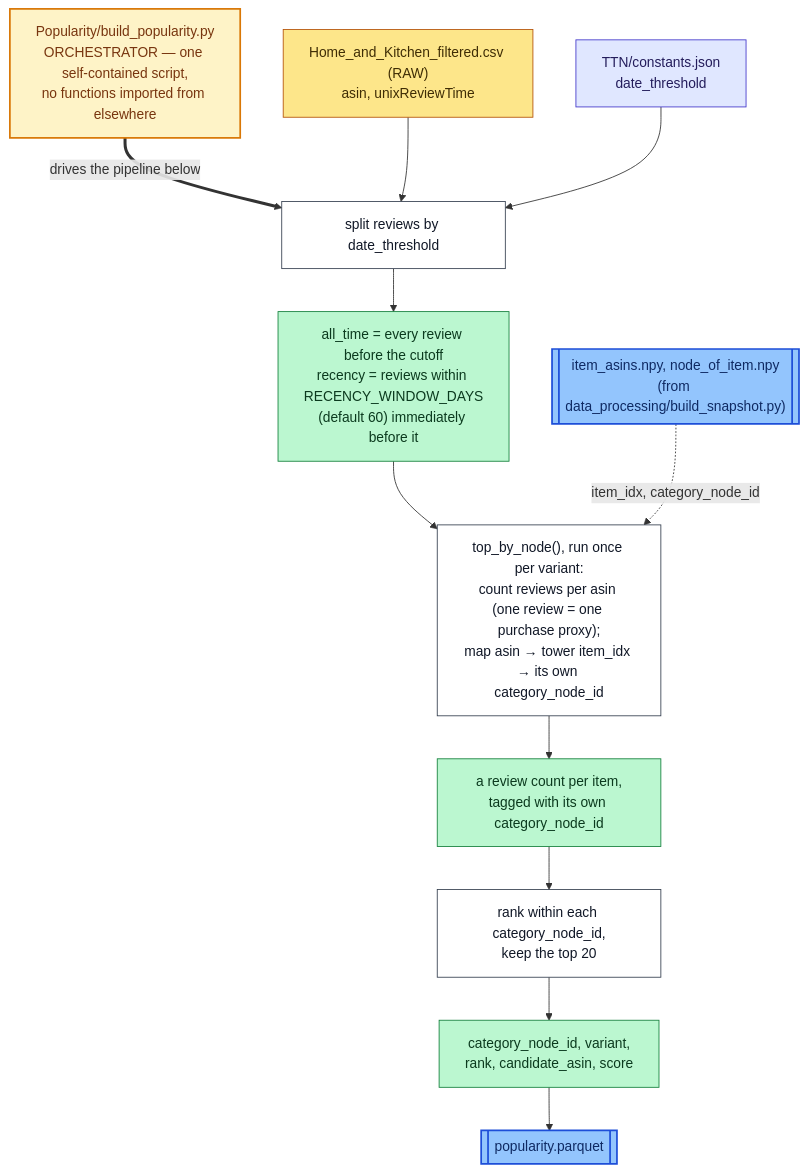
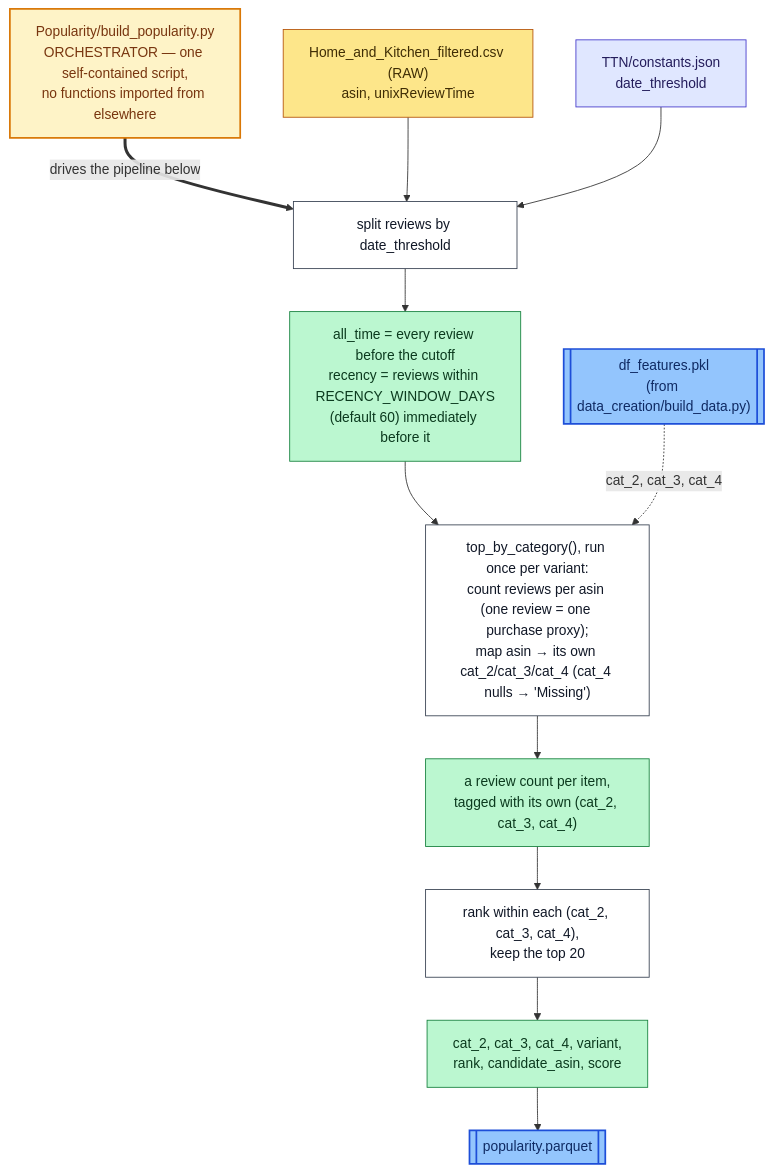
Before and after one commit to flamesmith/RecSystem: the diagram in Popularity/DATA_PIPELINE.md, drawn with Mermaid. The commit also changed other lines of this file and 10 other files, not shown here.

````diff
--- a/Popularity/DATA_PIPELINE.md
+++ b/Popularity/DATA_PIPELINE.md
@@ -14,33 +15,33 @@
 ```mermaid
 flowchart TB
     classDef raw fill:#fde68a,stroke:#b45309,color:#3f2d05
     classDef config fill:#e0e7ff,stroke:#4338ca,color:#241d5c
     classDef proc fill:#ffffff,stroke:#374151,color:#111827
     classDef vars fill:#bbf7d0,stroke:#15803d,color:#0b3a1e
     classDef file fill:#93c5fd,stroke:#1d4ed8,color:#0f2a63,stroke-width:2px
     classDef orch fill:#fef3c7,stroke:#d97706,color:#78350f,stroke-width:2px
 
     ORCH["Popularity/build_popularity.py<br/>ORCHESTRATOR — one self-contained script,<br/>no functions imported from elsewhere"]:::orch
 
     RAWREV["Home_and_Kitchen_filtered.csv (RAW)<br/>asin, unixReviewTime"]:::raw
-    SNAP[["item_asins.npy, node_of_item.npy<br/>(from data_processing/build_snapshot.py)"]]:::file
+    FEAT[["df_features.pkl<br/>(from data_creation/build_data.py)"]]:::file
     CFG["TTN/constants.json<br/>date_threshold"]:::config
 
     P_SPLIT["split reviews by date_threshold"]:::proc
     V_SPLIT["all_time = every review before the cutoff<br/>recency = reviews within RECENCY_WINDOW_DAYS<br/>(default 60) immediately before it"]:::vars
 
-    P_COUNT["top_by_node(), run once per variant:<br/>count reviews per asin (one review = one purchase proxy);<br/>map asin → tower item_idx → its own category_node_id"]:::proc
-    V_COUNT["a review count per item,<br/>tagged with its own category_node_id"]:::vars
+    P_COUNT["top_by_category(), run once per variant:<br/>count reviews per asin (one review = one purchase proxy);<br/>map asin → its own cat_2/cat_3/cat_4 (cat_4 nulls → 'Missing')"]:::proc
+    V_COUNT["a review count per item,<br/>tagged with its own (cat_2, cat_3, cat_4)"]:::vars
 
-    P_TOPK["rank within each category_node_id,<br/>keep the top 20"]:::proc
-    V_TOPK["category_node_id, variant,<br/>rank, candidate_asin, score"]:::vars
+    P_TOPK["rank within each (cat_2, cat_3, cat_4),<br/>keep the top 20"]:::proc
+    V_TOPK["cat_2, cat_3, cat_4, variant,<br/>rank, candidate_asin, score"]:::vars
 
     OUT[["popularity.parquet"]]:::file
 
     ORCH ==>|drives the pipeline below| P_SPLIT
 
     RAWREV --> P_SPLIT
     CFG --> P_SPLIT --> V_SPLIT --> P_COUNT
-    SNAP -.item_idx, category_node_id.-> P_COUNT
+    FEAT -.cat_2, cat_3, cat_4.-> P_COUNT
     P_COUNT --> V_COUNT --> P_TOPK --> V_TOPK --> OUT
 ```
````
